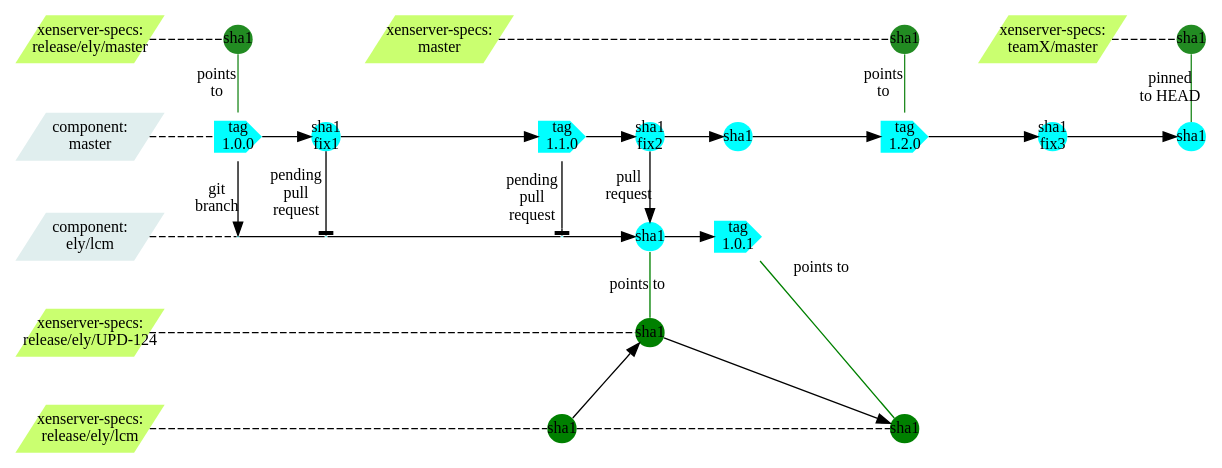
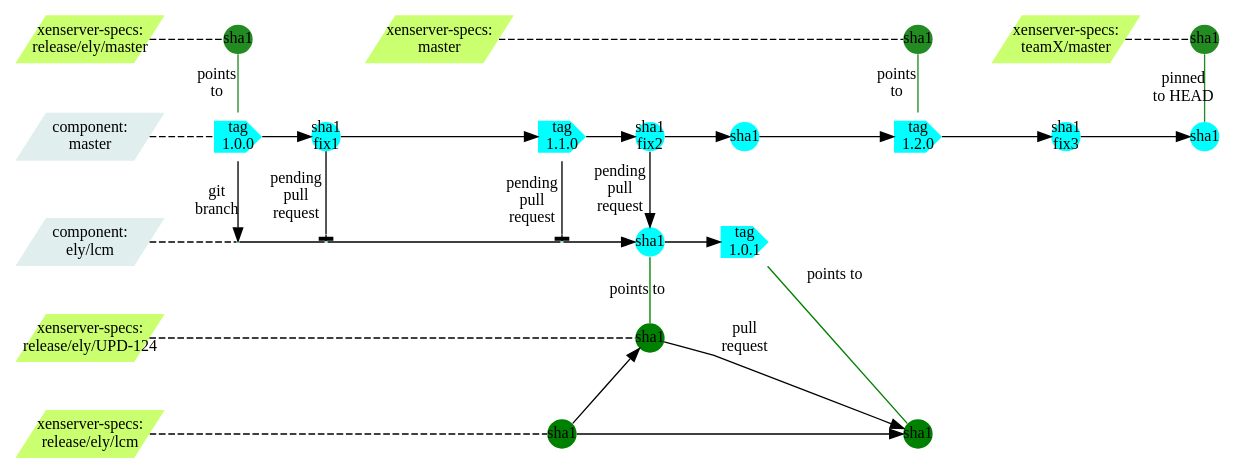
One commit to philippegabriel/XFormerBranchGraph changed the diagram in XformerLCM2.dot. Above: the diagram before and after it, drawn with Graphviz. The commit also changed 1 other file, not shown here.

```diff
--- a/XformerLCM2.dot
+++ b/XformerLCM2.dot
@@ -1,93 +1,92 @@
 strict digraph g{
 rankdir="LR";
 //nodesep=0.5;
 //ranksep=0.25;
 splines=line;
 forcelabels=false;
 
 // general
 node [style=filled, color="black", fontcolor="black", font="Consolas", fontsize="12pt",fixedsize=false,penwidth=0];
 edge [style=filled, color="black", fontcolor="black", font="Consolas", fontsize="12pt"];
 
 // tags
 //node [shape=circle,width=0, height=0, margin="0.05"];
 node [width=0.3, height=0.3, fixedsize=true, shape=circle,penwidth=0]
 node [fillcolor=forestgreen];
 xsm1 [label="sha1"];
 xstx [label="sha1"];
 xsre [label="sha1"];
 node [fillcolor="cyan"];
 cma1 [shape=cds,width=0.5, height=0.5,label="tag\n1.0.0"];
 //node [width=0.3, height=0.3, fixedsize=true, shape=circle,penwidth=0]
 cma2 [label="sha1\nfix1"];
 cma3 [shape=cds,width=0.5, height=0.5,label="tag\n1.1.0"];
 cma4 [label="sha1\nfix2"];
 cma5 [label="sha1"];
 cma6 [shape=cds,width=0.5, height=0.5,label="tag\n1.2.0"];
 cma7 [label="sha1\nfix3"];
 cma8 [label="sha1"];
 clcm1 [width=0, height=0,shape=none,label=""];
 clcm2 [shape=circle,label="",width=0, height=0];
 clcm3 [shape=circle,label="",width=0, height=0];
 clcm4 [label="sha1"];
 clcm5 [shape=cds,width=0.5, height=0.5,label="tag\n1.0.1"];
 node [fillcolor="green"];
 node [shape=circle];
 upd1 [label="sha1"];
 xlcm1 [label="sha1"];
 xlcm2 [label="sha1"];
 // branch names
 node [width=1.5, height=0.5,shape=parallelogram,penwidth=0]
 //node [color="#b0b0b0", style=dashed, arrowhead=none,fixedsize=false, penwidth=0, fillcolor=none, shape=none, width=0, height=0, margin="0.05"];
 XenserverSpecsTeamX[label="xenserver-specs:\nteamX/master",fillcolor="darkolivegreen1"];
 XenserverSpecsRelEly[label="xenserver-specs:\nrelease/ely/master",fillcolor="darkolivegreen1"];
 XenserverSpecsMaster[label="xenserver-specs:\nmaster",fillcolor="darkolivegreen1"];
 ComponentMaster[label="component:\nmaster",fillcolor="azure2"];
 ComponentLCM[label="component:\nely/lcm",fillcolor="azure2"];
 XSSpecsUPD2[label="xenserver-specs:\nrelease/ely/UPD-124",fillcolor="darkolivegreen1"];
 XSSpecsLCM[label="xenserver-specs:\nrelease/ely/lcm",fillcolor="darkolivegreen1"];
 
 //graph
 subgraph{
 node [color="#b0b0b0", style=dashed, arrowhead=none];
 edge [style="invis"];
 rank=same;
 XenserverSpecsRelEly -> ComponentMaster -> ComponentLCM -> XSSpecsUPD2 -> XSSpecsLCM;
 }
 //edge [color="#b0b0b0", style=dashed, arrowhead=none ];
 edge [style=dashed, arrowhead=none ,weight=100];
 XenserverSpecsRelEly -> xsre;
 xsre -> XenserverSpecsMaster [style="invis"];
 XenserverSpecsMaster -> xsm1;
 xsm1 -> XenserverSpecsTeamX [style="invis"];
 XenserverSpecsTeamX -> xstx;
 ComponentMaster -> cma1;
 ComponentLCM -> clcm1;
 XSSpecsUPD2 -> upd1;
-XSSpecsLCM -> xlcm1 -> xlcm2;
+XSSpecsLCM -> xlcm1;
 edge [style=filled, arrowhead=normal];
 cma1 -> cma2 -> cma3 -> cma4 -> cma5 -> cma6 -> cma7 -> cma8;
 clcm1 -> clcm2 [arrowhead=none]; 
 clcm2 -> clcm3 [arrowhead=none]; 
 clcm3 -> clcm4 -> clcm5;
+xlcm1 -> xlcm2;
 //Xenserver specs - master, release pointers
 edge [style=filled, arrowhead=none , weight=1;label="points\nto",color=forestgreen];
 subgraph{rank=same;xsre -> cma1;}
 subgraph{rank=same;xsm1 -> cma6;}
 subgraph{rank=same;xstx -> cma8 [label="pinned\nto HEAD"];}
 
 //Pull requests
 edge [style=filled, arrowhead=normal,color=black];
 edge [label="git\nbranch"];
 subgraph{rank=same;cma1 -> clcm1;}
 edge [label="pending\npull\nrequest"];
 subgraph{rank=same;cma2 -> clcm2[arrowhead="tee"];}
 subgraph{rank=same;cma3 -> clcm3[arrowhead="tee"];}
-edge [label="pull\nrequest"];
 subgraph{rank=same;cma4 -> clcm4;
 clcm4 -> upd1 [arrowhead=none ,label="points to",color=green];}
-edge [label=""];
-xlcm1 -> upd1;
-upd1 -> xlcm2;
+xlcm1 -> upd1 [label=""];
+upd1 -> xlcm2 [label="pull\nrequest"];
 clcm5 -> xlcm2 [arrowhead=none ,label="points to",color=green];
 }
```
